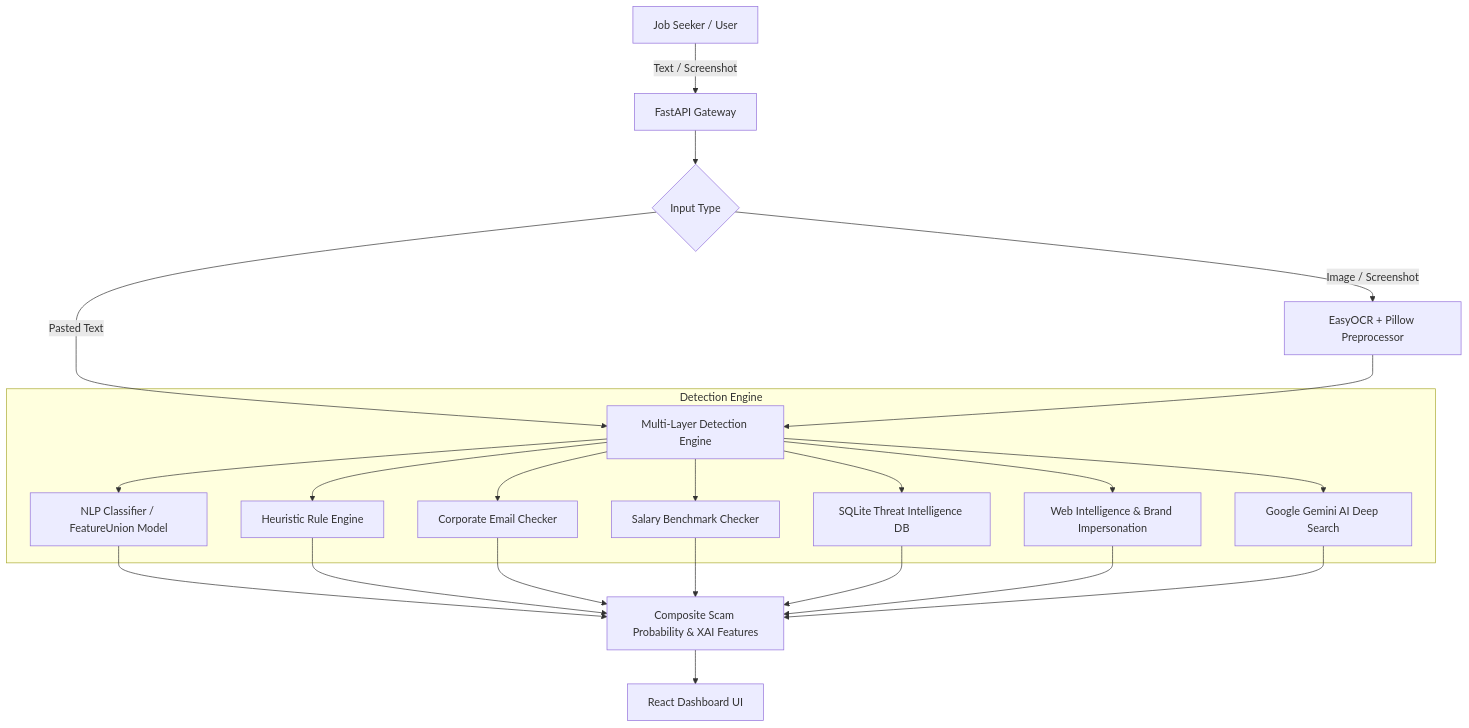
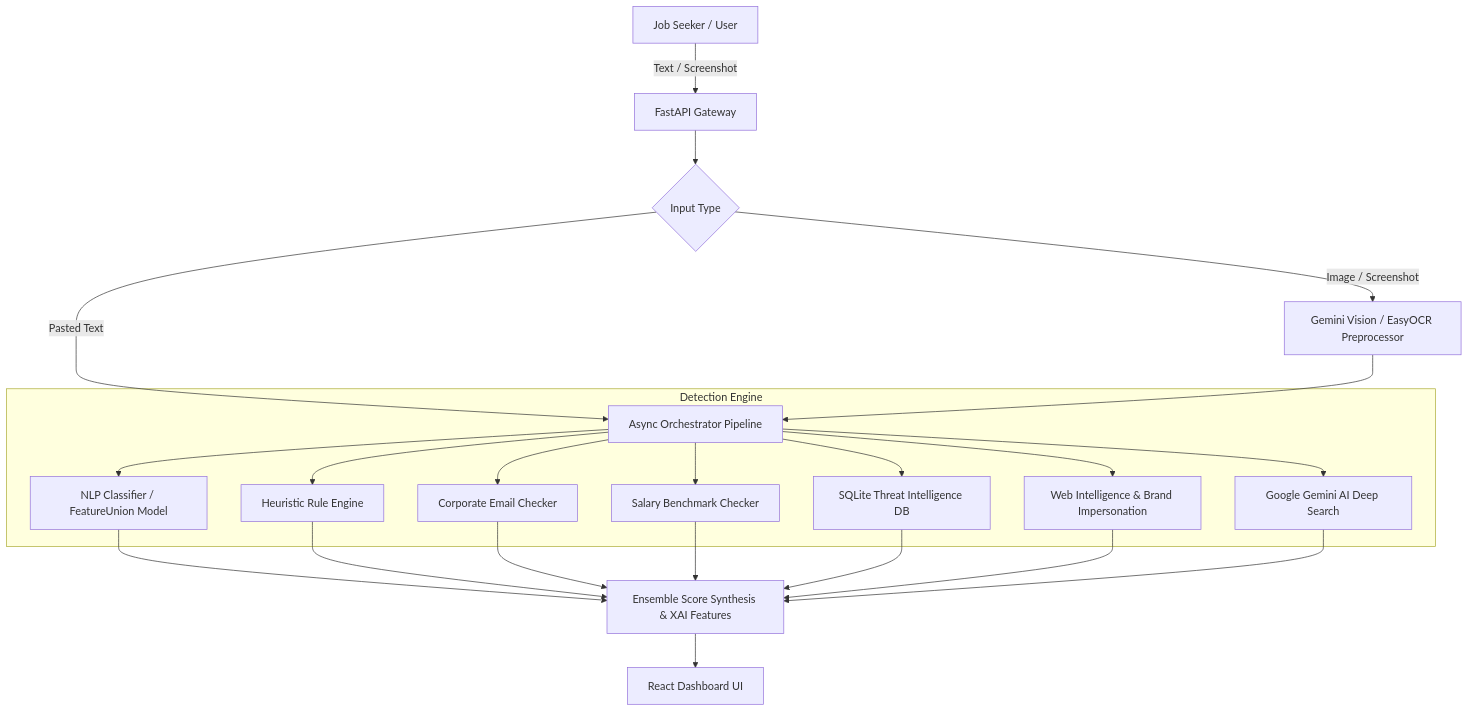
Before and after one commit to UjwalL1605/JobShield-AI: the diagram in README.md, drawn with Mermaid. The commit also changed other lines of this file and 11 other files, not shown here.

Commit message:
feat: complete end-to-end multi-layer detection pipeline, rate limiting, async orchestrator, tests, and updated documentation

````diff
--- a/README.md
+++ b/README.md
@@ -93,21 +94,21 @@
 ```mermaid
 graph TD
     A[Job Seeker / User] -->|Text / Screenshot| B[FastAPI Gateway]
     B --> C{Input Type}
-    C -->|Image / Screenshot| D[EasyOCR + Pillow Preprocessor]
-    C -->|Pasted Text| E[Multi-Layer Detection Engine]
+    C -->|Image / Screenshot| D[Gemini Vision / EasyOCR Preprocessor]
+    C -->|Pasted Text| E[Async Orchestrator Pipeline]
     D --> E
     
     subgraph "Detection Engine"
         E --> F[NLP Classifier / FeatureUnion Model]
         E --> G[Heuristic Rule Engine]
         E --> H[Corporate Email Checker]
         E --> I[Salary Benchmark Checker]
         E --> J[SQLite Threat Intelligence DB]
         E --> K[Web Intelligence & Brand Impersonation]
         E --> L[Google Gemini AI Deep Search]
     end
     
-    F & G & H & I & J & K & L --> M[Composite Scam Probability & XAI Features]
+    F & G & H & I & J & K & L --> M[Ensemble Score Synthesis & XAI Features]
     M --> N[React Dashboard UI]
 ```
````
